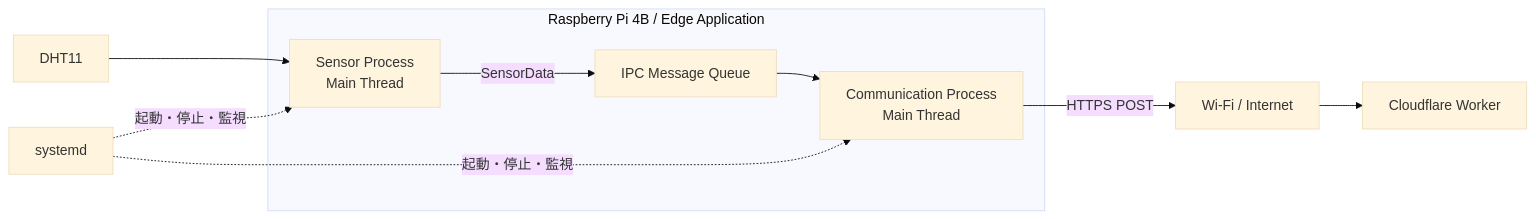
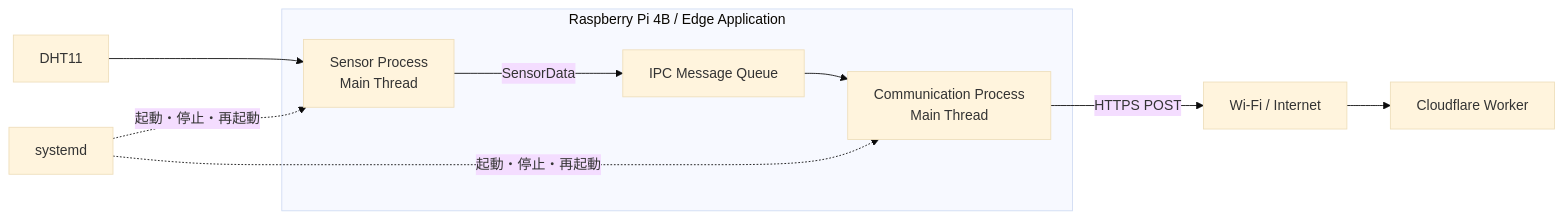
Before and after one commit to yujimasuda77777/Raspberry_Pi_4B_Edge_IoT_System: the second of 2 diagrams in docs/03_software_architecture.md, drawn with Mermaid (base theme). The commit also changed other lines of this file and 1 other file, not shown here.

````diff
--- a/docs/03_software_architecture.md
+++ b/docs/03_software_architecture.md
@@ -81,24 +83,24 @@
 ```mermaid
 flowchart LR
     Systemd["systemd"]
 
     subgraph Edge["Raspberry Pi 4B / Edge Application"]
         SP["Sensor Process
 Main Thread"]
         Q["IPC Message Queue"]
         CP["Communication Process
 Main Thread"]
     end
 
     DHT["DHT11"]
     Net["Wi-Fi / Internet"]
     Worker["Cloudflare Worker"]
 
     DHT --> SP
     SP -->|SensorData| Q
     Q --> CP
     CP -->|HTTPS POST| Net
     Net --> Worker
-    Systemd -.->|起動・停止・監視| SP
-    Systemd -.->|起動・停止・監視| CP
+    Systemd -.->|起動・停止・再起動| SP
+    Systemd -.->|起動・停止・再起動| CP
 ```
````
